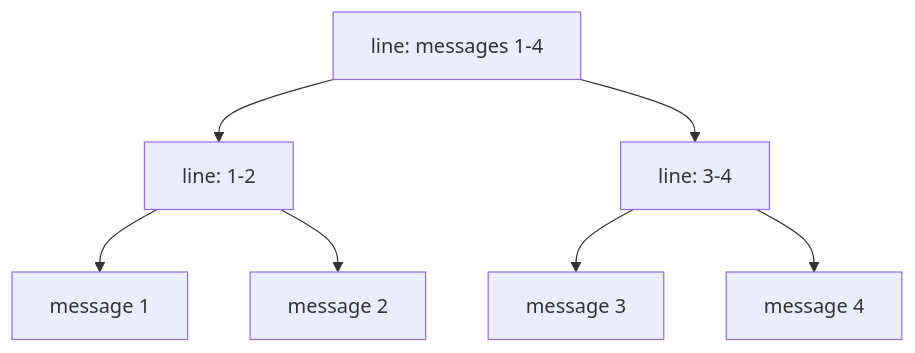
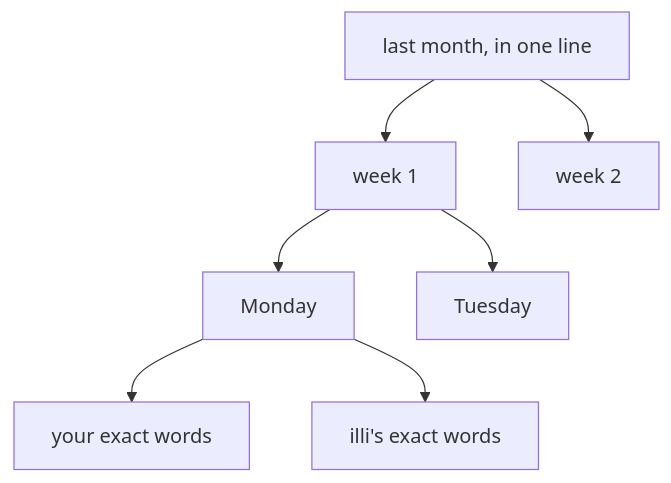
The diagram in README.md (4our4ace/illimitable-chat), drawn with Mermaid before and after one commit. The commit also changed other lines of this file and 9 other files, not shown here.

````diff
--- a/README.md
+++ b/README.md
@@ -79,6 +45,6 @@
 ```mermaid
 flowchart TD
-  A["line: messages 1-4"] --> B["line: 1-2"] & C["line: 3-4"]
-  B --> m1["message 1"] & m2["message 2"]
-  C --> m3["message 3"] & m4["message 4"]
+  T["last month, in one line"] --> W1["week 1"] & W2["week 2"]
+  W1 --> D1["Monday"] & D2["Tuesday"]
+  D1 --> M1["your exact words"] & M2["illi's exact words"]
 ```
````
